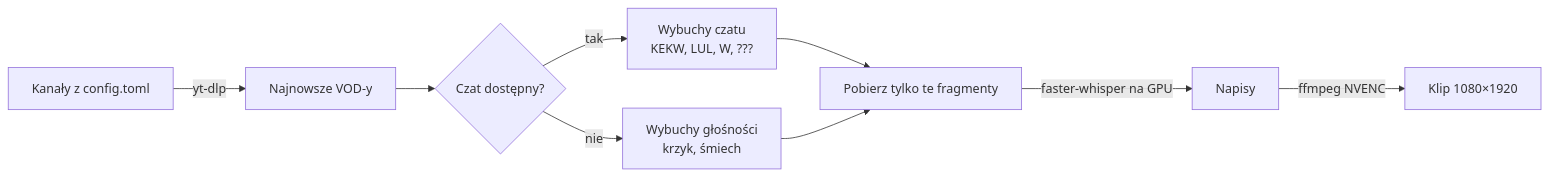
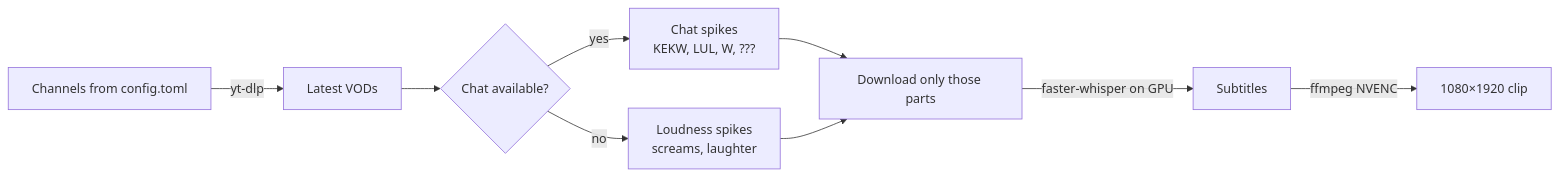
One commit to mrmatek11/stream-clipper changed the diagram in README.md. Above: the diagram before and after it, drawn with Mermaid. The commit also changed other lines of this file and 1 other file, not shown here.

````diff
--- a/README.md
+++ b/README.md
@@ -31,11 +33,11 @@
 ```mermaid
 flowchart LR
-    A[Kanały z config.toml] -->|yt-dlp| B[Najnowsze VOD-y]
-    B --> C{Czat dostępny?}
-    C -->|tak| D[Wybuchy czatu<br/>KEKW, LUL, W, ???]
-    C -->|nie| E[Wybuchy głośności<br/>krzyk, śmiech]
-    D --> F[Pobierz tylko te fragmenty]
+    A[Channels from config.toml] -->|yt-dlp| B[Latest VODs]
+    B --> C{Chat available?}
+    C -->|yes| D[Chat spikes<br/>KEKW, LUL, W, ???]
+    C -->|no| E[Loudness spikes<br/>screams, laughter]
+    D --> F[Download only those parts]
     E --> F
-    F -->|faster-whisper na GPU| G[Napisy]
-    G -->|ffmpeg NVENC| H[Klip 1080×1920]
+    F -->|faster-whisper on GPU| G[Subtitles]
+    G -->|ffmpeg NVENC| H[1080×1920 clip]
 ```
````
